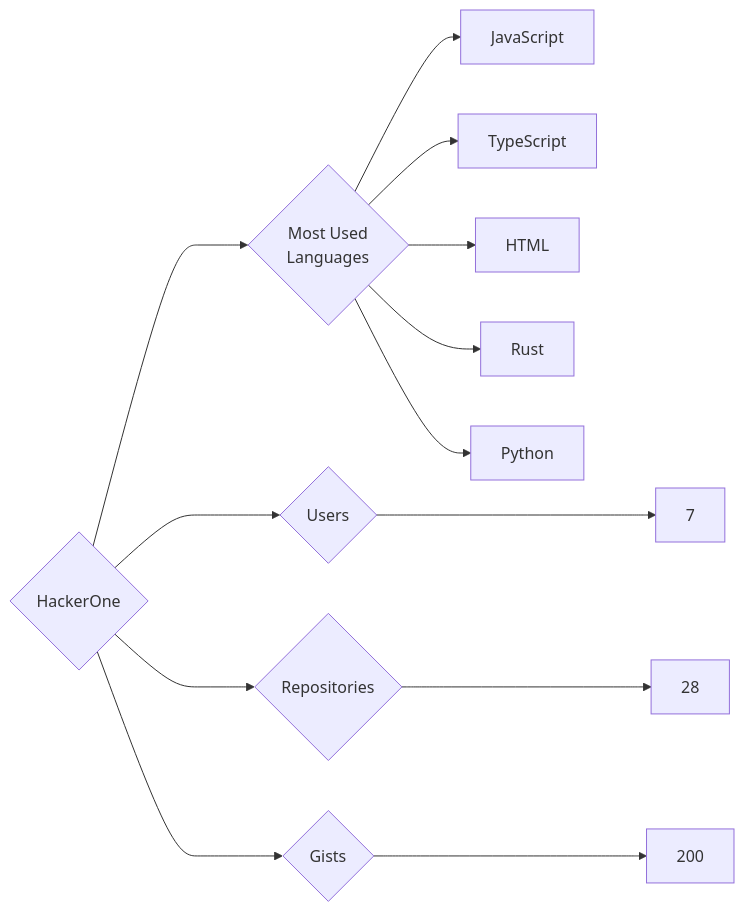
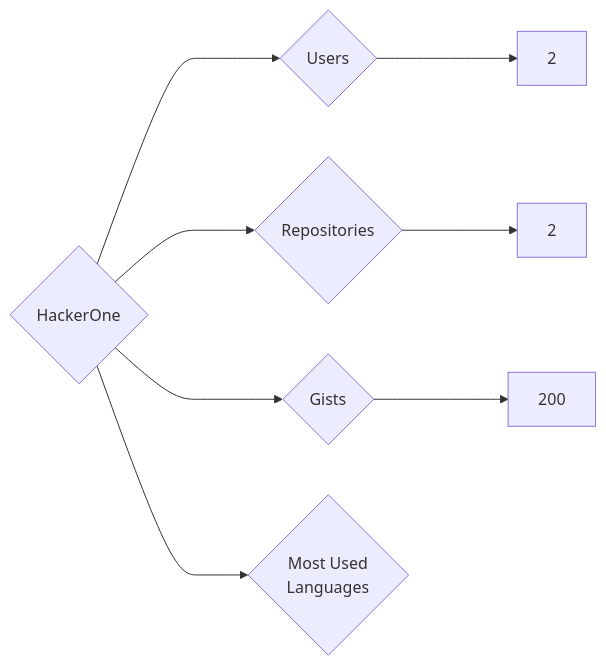
The diagram in targets/HackerOne/README.md (trickest/insiders), drawn with Mermaid before and after one commit. The commit also changed 988 other files, not shown here.

````diff
--- a/targets/HackerOne/README.md
+++ b/targets/HackerOne/README.md
@@ -3,13 +3,8 @@
 ```mermaid
 graph LR
 COMPANY_NAME{HackerOne}
-COMPANY_NAME ---> U{Users} ---> UN[7]
-COMPANY_NAME ---> R{Repositories} ---> RN[28]
+COMPANY_NAME ---> U{Users} ---> UN[2]
+COMPANY_NAME ---> R{Repositories} ---> RN[2]
 COMPANY_NAME ---> G{Gists} ---> GN[200]
 COMPANY_NAME ---> ML{Most Used<br>Languages}
-ML --> JavaScript[JavaScript]
-ML --> TypeScript[TypeScript]
-ML --> HTML[HTML]
-ML --> Rust[Rust]
-ML --> Python[Python]
 ```
````
